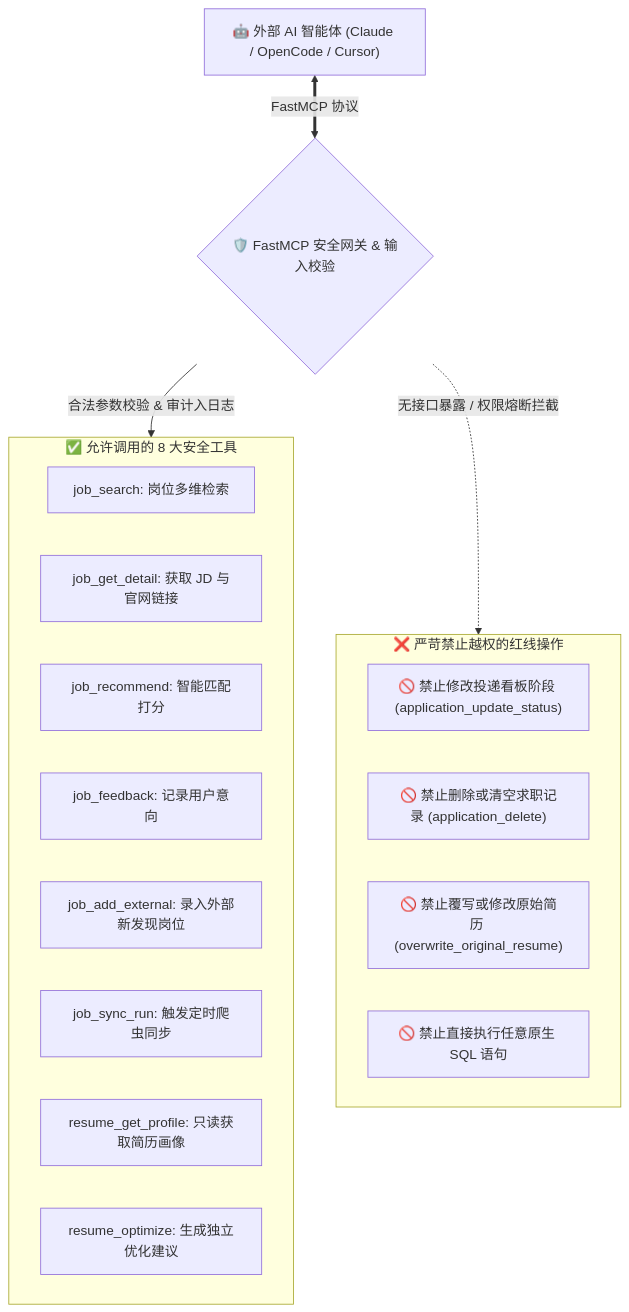
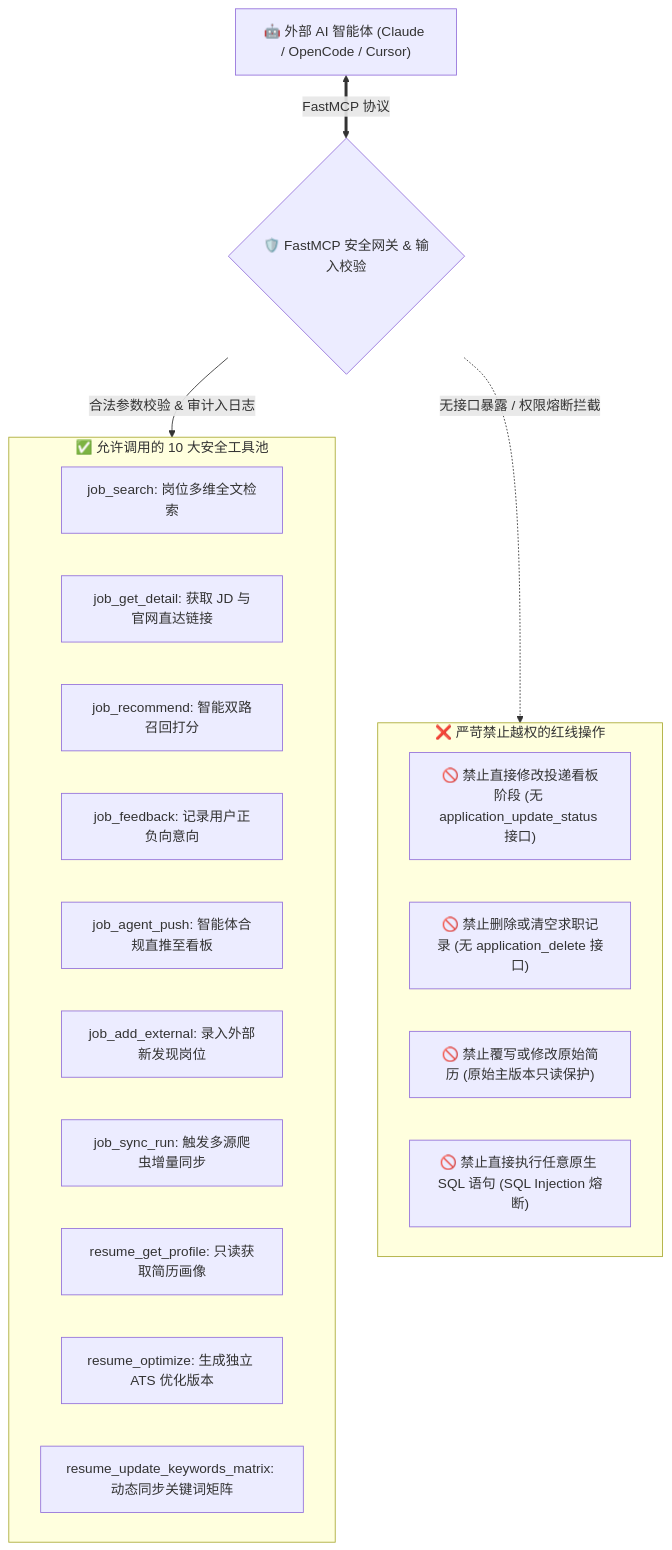
One commit to wangyh775/JHTracker changed the fifth of 5 diagrams in docs/architecture.md. Above: the diagram before and after it, drawn with Mermaid. The commit also changed other lines of this file and 64 other files, not shown here.

````diff
--- a/docs/architecture.md
+++ b/docs/architecture.md
@@ -206,28 +206,30 @@
 ```mermaid
 flowchart TD
     Agent["🤖 外部 AI 智能体 (Claude / OpenCode / Cursor)"]
     MCPGate{"🛡️ FastMCP 安全网关 & 输入校验"}
 
     Agent <==>|FastMCP 协议| MCPGate
 
-    subgraph Allowed ["✅ 允许调用的 8 大安全工具"]
-        T1["job_search: 岗位多维检索"]
-        T2["job_get_detail: 获取 JD 与官网链接"]
-        T3["job_recommend: 智能匹配打分"]
-        T4["job_feedback: 记录用户意向"]
-        T5["job_add_external: 录入外部新发现岗位"]
-        T6["job_sync_run: 触发定时爬虫同步"]
-        T7["resume_get_profile: 只读获取简历画像"]
-        T8["resume_optimize: 生成独立优化建议"]
+    subgraph Allowed ["✅ 允许调用的 10 大安全工具池"]
+        T1["job_search: 岗位多维全文检索"]
+        T2["job_get_detail: 获取 JD 与官网直达链接"]
+        T3["job_recommend: 智能双路召回打分"]
+        T4["job_feedback: 记录用户正负向意向"]
+        T5["job_agent_push: 智能体合规直推至看板"]
+        T6["job_add_external: 录入外部新发现岗位"]
+        T7["job_sync_run: 触发多源爬虫增量同步"]
+        T8["resume_get_profile: 只读获取简历画像"]
+        T9["resume_optimize: 生成独立 ATS 优化版本"]
+        T10["resume_update_keywords_matrix: 动态同步关键词矩阵"]
     end
 
     subgraph Forbidden ["❌ 严苛禁止越权的红线操作"]
-        F1["🚫 禁止修改投递看板阶段 (application_update_status)"]
-        F2["🚫 禁止删除或清空求职记录 (application_delete)"]
-        F3["🚫 禁止覆写或修改原始简历 (overwrite_original_resume)"]
-        F4["🚫 禁止直接执行任意原生 SQL 语句"]
+        F1["🚫 禁止直接修改投递看板阶段 (无 application_update_status 接口)"]
+        F2["🚫 禁止删除或清空求职记录 (无 application_delete 接口)"]
+        F3["🚫 禁止覆写或修改原始简历 (原始主版本只读保护)"]
+        F4["🚫 禁止直接执行任意原生 SQL 语句 (SQL Injection 熔断)"]
     end
 
     MCPGate -->|合法参数校验 & 审计入日志| Allowed
     MCPGate -.->|无接口暴露 / 权限熔断拦截| Forbidden
 ```
````
